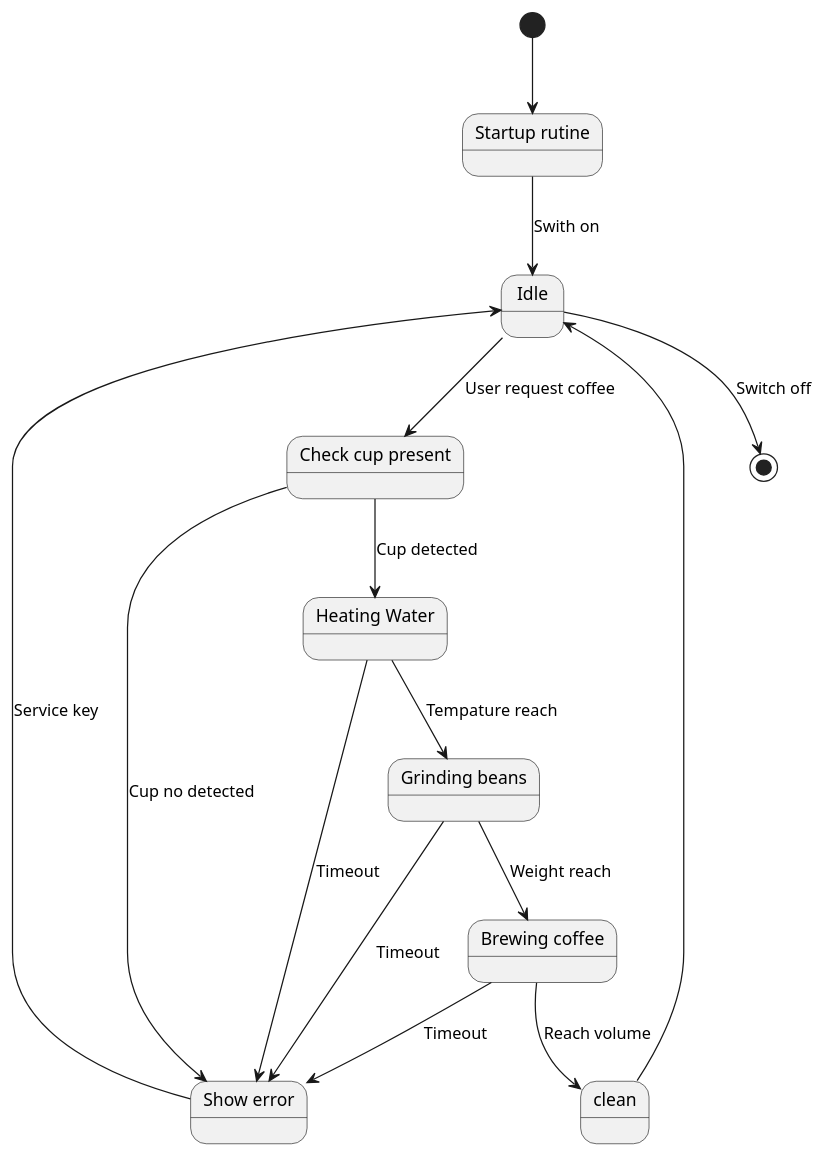
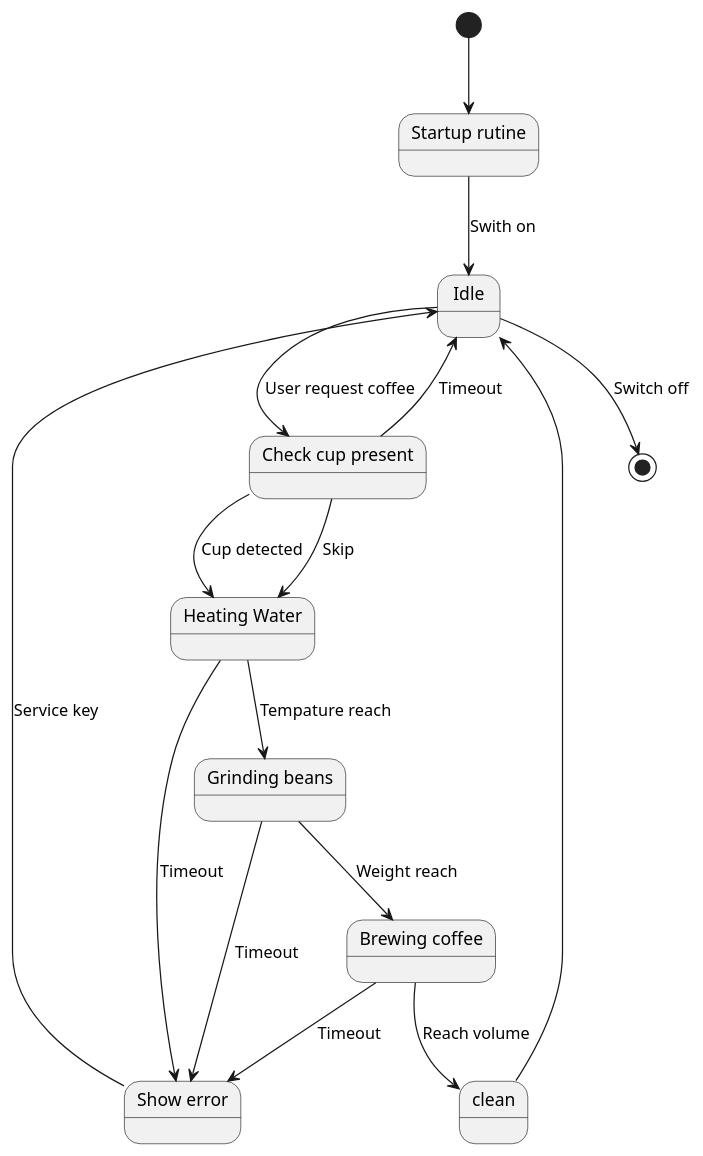
Before and after one commit to Th3Cod3/han-qt-soften: the diagram in stm.plantuml, drawn with PlantUML. The commit also changed 15 other files, not shown here.

Commit message:
add unit test and class uml and use case uml

```diff
--- a/stm.plantuml
+++ b/stm.plantuml
@@ -1,32 +1,33 @@
 @startuml
 
 state "Startup rutine" as start
 state "Idle" as idle
 state "Show error" as error
 state "Check cup present" as cup
 state "Heating Water" as heating
 state "Grinding beans" as grinding
 state "Brewing coffee" as brew
 
 [*] --> start
 start --> idle : Swith on
 idle --> cup : User request coffee
 
 cup --> heating : Cup detected
-cup --> error : Cup no detected
+cup --> heating : Skip
+cup --> idle : Timeout
 
 heating --> grinding : Tempature reach
 heating --> error : Timeout
 
 grinding --> brew : Weight reach
 grinding --> error : Timeout
 
 brew --> clean : Reach volume
 brew --> error : Timeout
 
 clean --> idle
 idle --> [*] : Switch off
 
 error --> idle : Service key
 
 @enduml
```
